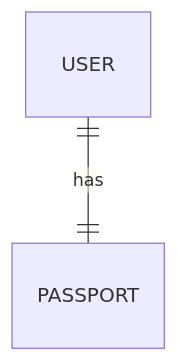
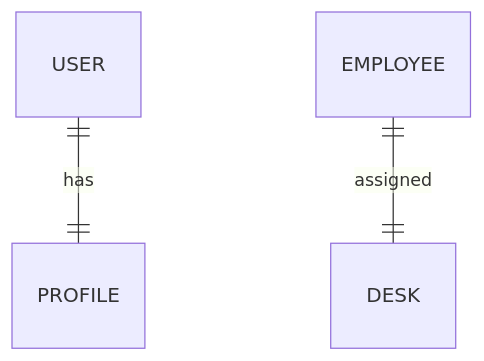
Before and after one commit to kamallearner123/software-engineering-placement-kit: the first of 6 diagrams in 05_RDBMS/RDBMS_Ultimate_Mastery_Guide.md, drawn with Mermaid. The commit also changed other lines of this file, not shown here.

Commit message:
adding ER diagras

````diff
--- a/05_RDBMS/RDBMS_Ultimate_Mastery_Guide.md
+++ b/05_RDBMS/RDBMS_Ultimate_Mastery_Guide.md
@@ -94,4 +95,5 @@
 ```mermaid
 erDiagram
-    USER ||--|| PASSPORT : "has"
+    USER ||--|| PROFILE : "has"
+    EMPLOYEE ||--|| DESK : "assigned"
 ```
````
